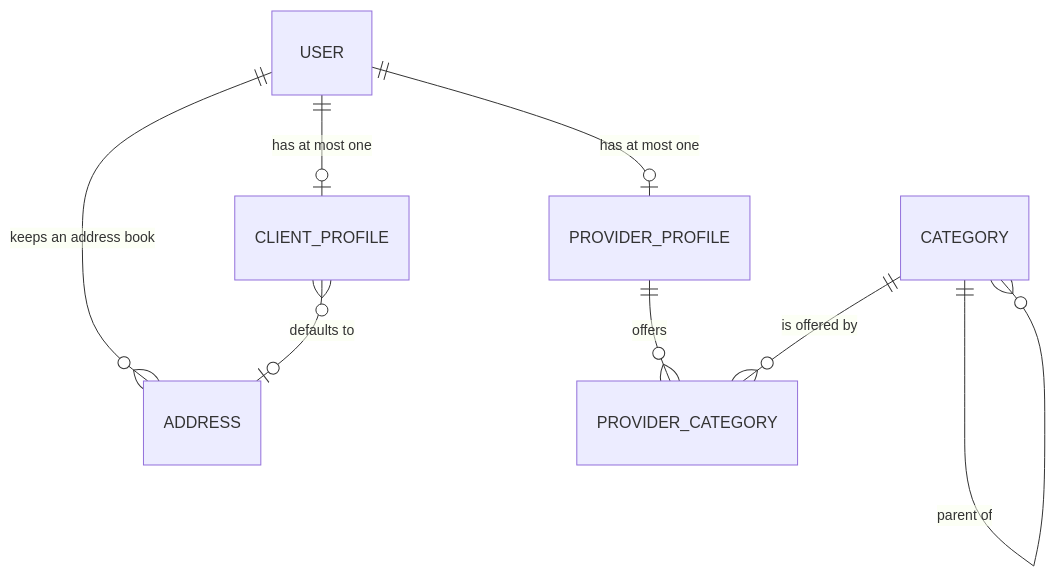
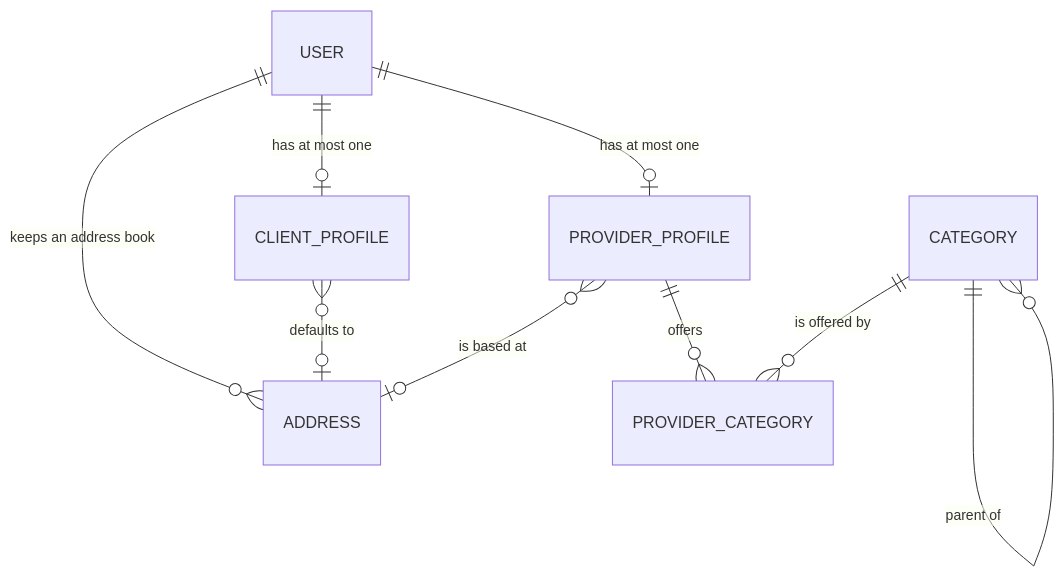
The first of 2 diagrams in docs/specs/S1/W1-T05-core-schema.md (mastrobardo/marketplace), drawn with Mermaid before and after one commit. The commit also changed other lines of this file, not shown here.

````diff
--- a/docs/specs/S1/W1-T05-core-schema.md
+++ b/docs/specs/S1/W1-T05-core-schema.md
@@ -378,10 +411,11 @@
 ```mermaid
 erDiagram
     USER ||--o| CLIENT_PROFILE : "has at most one"
     USER ||--o| PROVIDER_PROFILE : "has at most one"
     USER ||--o{ ADDRESS : "keeps an address book"
     CLIENT_PROFILE }o--o| ADDRESS : "defaults to"
+    PROVIDER_PROFILE }o--o| ADDRESS : "is based at"
     PROVIDER_PROFILE ||--o{ PROVIDER_CATEGORY : "offers"
     CATEGORY ||--o{ PROVIDER_CATEGORY : "is offered by"
     CATEGORY ||--o{ CATEGORY : "parent of"
 ```
````
